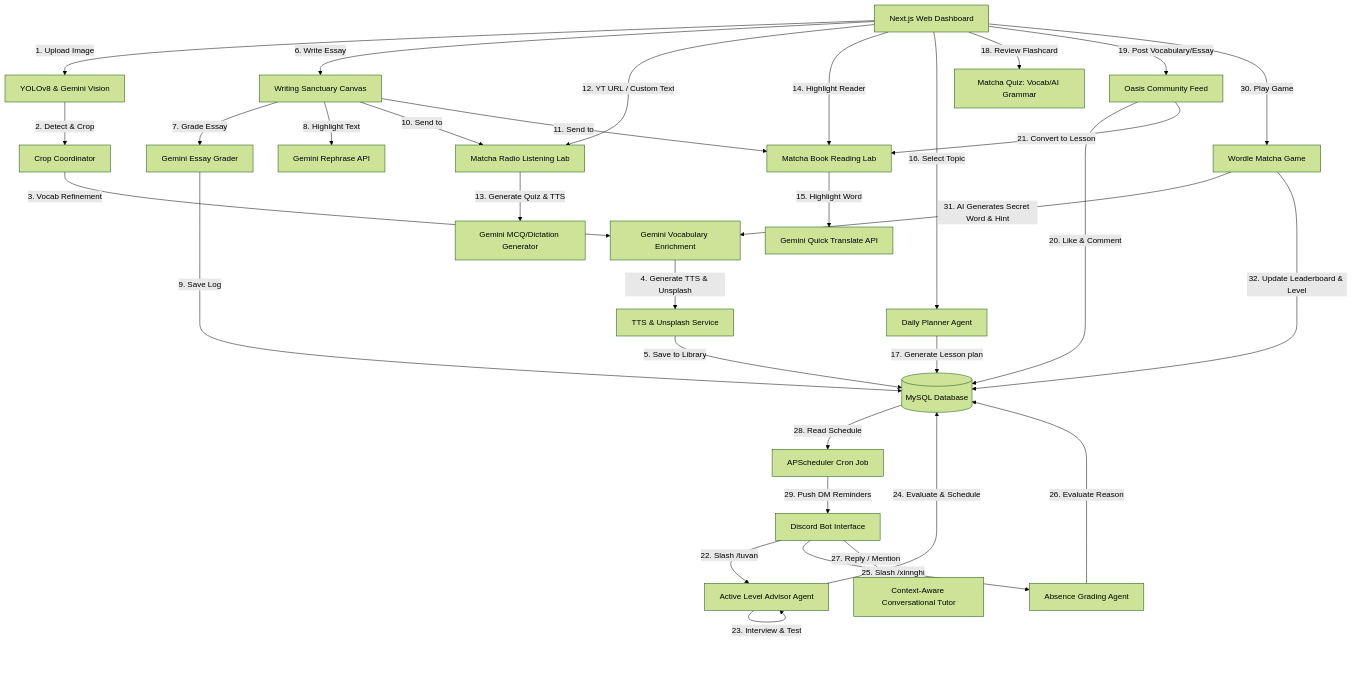
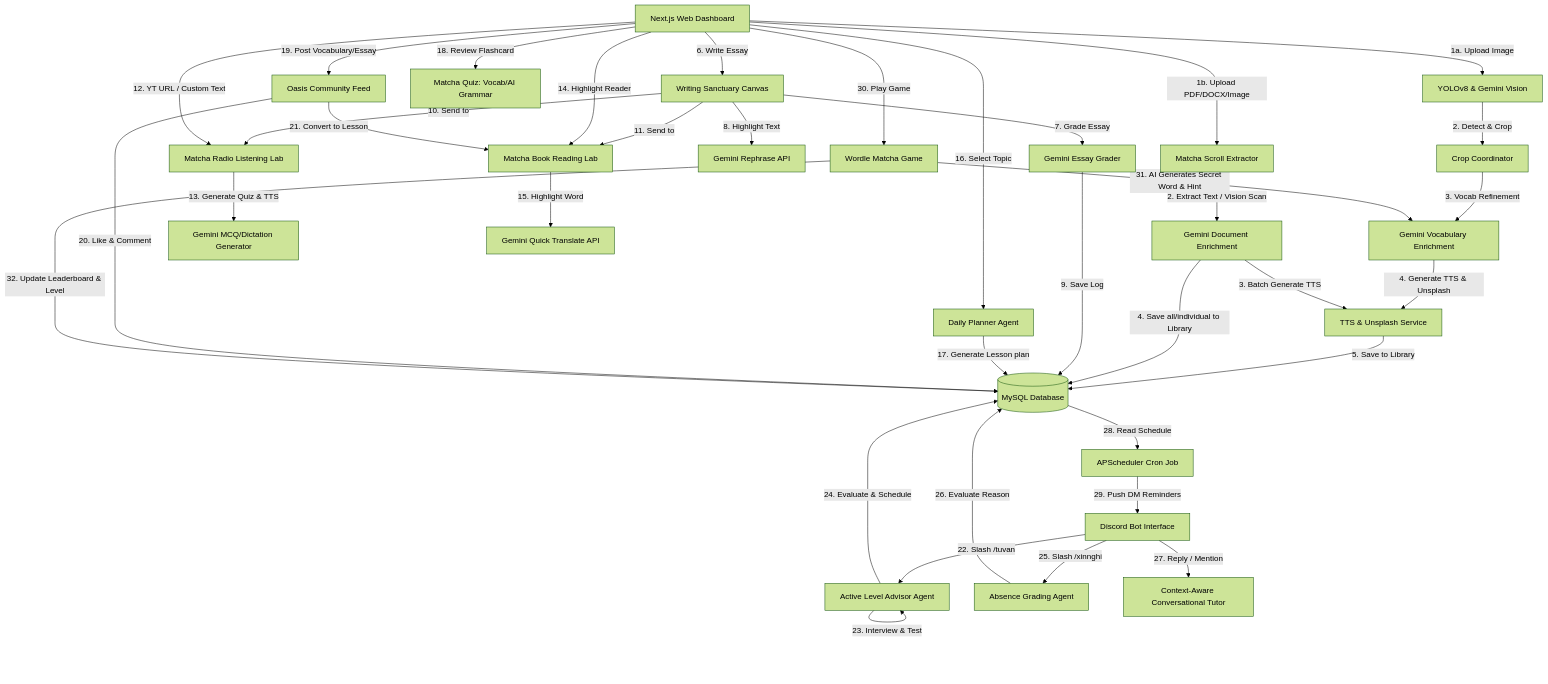
One commit to Wothing0406/ielts-oasis changed the diagram in readme.md. Above: the diagram before and after it, drawn with Mermaid (forest theme).

Commit message:
docs: add Matcha Scroll ingestion flow to README architecture diagram

````diff
--- a/readme.md
+++ b/readme.md
@@ -28,54 +28,60 @@
 ```mermaid
 graph TD
     %% User Interfaces
     Web[Next.js Web Dashboard]
     Bot[Discord Bot Interface]
 
     %% Matcha Lens Ingestion Flow
-    Web -->|1. Upload Image| CV[YOLOv8 & Gemini Vision]
+    Web -->|1a. Upload Image| CV[YOLOv8 & Gemini Vision]
     CV -->|2. Detect & Crop| Crop[Crop Coordinator]
     Crop -->|3. Vocab Refinement| Refine[Gemini Vocabulary Enrichment]
     Refine -->|4. Generate TTS & Unsplash| TTS[TTS & Unsplash Service]
     TTS -->|5. Save to Library| DB[(MySQL Database)]
+
+    %% Matcha Scroll Ingestion Flow
+    Web -->|1b. Upload PDF/DOCX/Image| Scroll[Matcha Scroll Extractor]
+    Scroll -->|2. Extract Text / Vision Scan| ScrollRefine[Gemini Document Enrichment]
+    ScrollRefine -->|3. Batch Generate TTS| TTS
+    ScrollRefine -->|4. Save all/individual to Library| DB
 
     %% Writing Sanctuary Flow
     Web -->|6. Write Essay| Essay[Writing Sanctuary Canvas]
     Essay -->|7. Grade Essay| Grade[Gemini Essay Grader]
     Essay -->|8. Highlight Text| Rephrase[Gemini Rephrase API]
     Grade -->|9. Save Log| DB
     Essay -->|10. Send to| Radio[Matcha Radio Listening Lab]
     Essay -->|11. Send to| Book[Matcha Book Reading Lab]
 
     %% Reading & Listening Flow
     Web -->|12. YT URL / Custom Text| Radio
     Radio -->|13. Generate Quiz & TTS| GeminiQuiz[Gemini MCQ/Dictation Generator]
     Web -->|14. Highlight Reader| Book
     Book -->|15. Highlight Word| Translate[Gemini Quick Translate API]
 
     %% Daily Planner & Quizzes
     Web -->|16. Select Topic| Planner[Daily Planner Agent]
     Planner -->|17. Generate Lesson plan| DB
     Web -->|18. Review Flashcard| Quiz[Matcha Quiz: Vocab/AI Grammar]
 
     %% Community Interactions
     Web -->|19. Post Vocabulary/Essay| Feed[Oasis Community Feed]
     Feed -->|20. Like & Comment| DB
     Feed -->|21. Convert to Lesson| Book
 
     %% Discord Bot Commands & Reminders
     Bot -->|22. Slash /tuvan| BotAdvisor[Active Level Advisor Agent]
     BotAdvisor -->|23. Interview & Test| BotAdvisor
     BotAdvisor -->|24. Evaluate & Schedule| DB
     Bot -->|25. Slash /xinnghi| BotAbsence[Absence Grading Agent]
     BotAbsence -->|26. Evaluate Reason| DB
     Bot -->|27. Reply / Mention| BotChat[Context-Aware Conversational Tutor]
     
     %% Scheduler Job
     DB -->|28. Read Schedule| Cron[APScheduler Cron Job]
     Cron -->|29. Push DM Reminders| Bot
 
     %% Matcha Game Center Flow
     Web -->|30. Play Game| Wordle[Wordle Matcha Game]
     Wordle -->|31. AI Generates Secret Word & Hint| Refine
     Wordle -->|32. Update Leaderboard & Level| DB
 ```
````
